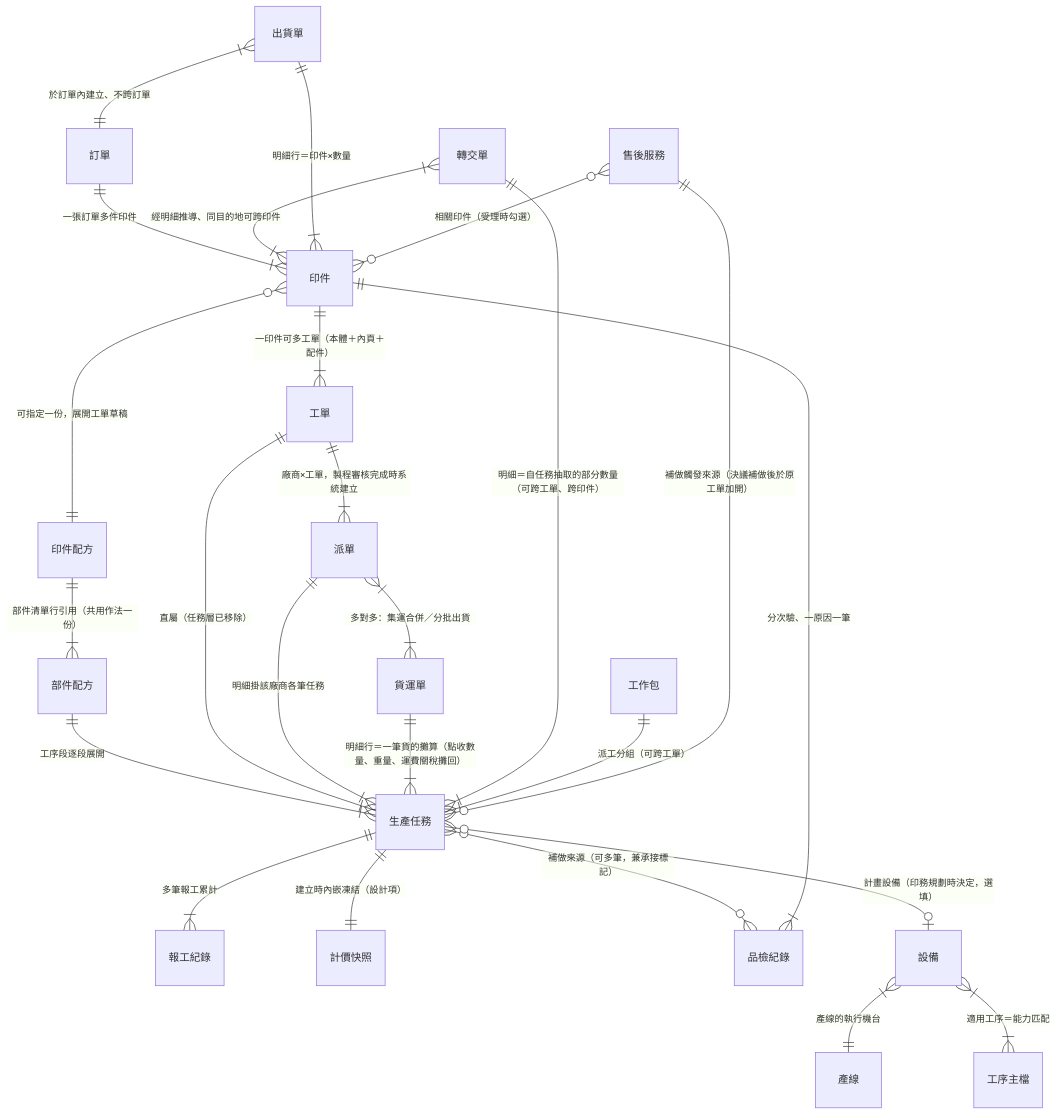
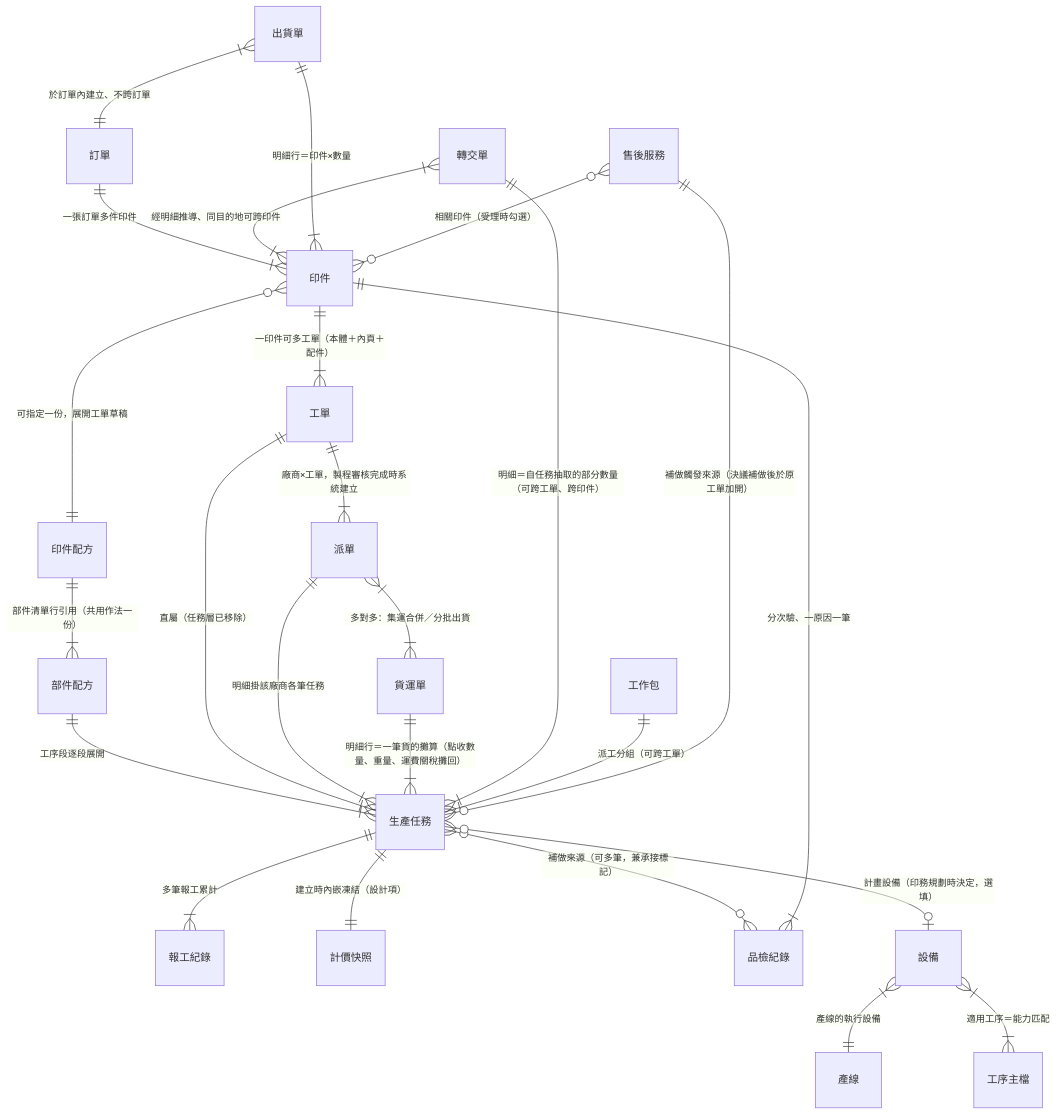
One commit to Kawato-Miles/erp-spec changed the first of 4 diagrams in memory/Sens_wiki/wiki/erp/05-entities/範例 - 資料結構總覽.md. Above: the diagram before and after it, drawn with Mermaid. The commit also changed 3 other files, not shown here.

````diff
--- a/memory/Sens_wiki/wiki/erp/05-entities/範例 - 資料結構總覽.md
+++ b/memory/Sens_wiki/wiki/erp/05-entities/範例 - 資料結構總覽.md
@@ -39,27 +39,27 @@
 ```mermaid
 erDiagram
     "訂單" ||--|{ "印件" : "一張訂單多件印件"
     "印件" ||--|{ "工單" : "一印件可多工單（本體＋內頁＋配件）"
     "印件" }o--|| "印件配方" : "可指定一份，展開工單草稿"
     "印件配方" ||--|{ "部件配方" : "部件清單行引用（共用作法一份）"
     "部件配方" ||--|{ "生產任務" : "工序段逐段展開"
     "工單" ||--|{ "生產任務" : "直屬（任務層已移除）"
     "生產任務" ||--|{ "報工紀錄" : "多筆報工累計"
     "生產任務" ||--|| "計價快照" : "建立時內嵌凍結（設計項）"
     "工單" ||--|{ "派單" : "廠商×工單，製程審核完成時系統建立"
     "派單" ||--|{ "生產任務" : "明細掛該廠商各筆任務"
     "派單" }|--|{ "貨運單" : "多對多：集運合併／分批出貨"
     "貨運單" ||--|{ "生產任務" : "明細行＝一筆貨的攤算（點收數量、重量、運費關稅攤回）"
     "轉交單" }|--|{ "印件" : "經明細推導、同目的地可跨印件"
     "轉交單" ||--|{ "生產任務" : "明細＝自任務抽取的部分數量（可跨工單、跨印件）"
     "品檢紀錄" }|--|| "印件" : "分次驗、一原因一筆"
     "生產任務" }o--o{ "品檢紀錄" : "補做來源（可多筆，兼承接標記）"
     "工作包" ||--|{ "生產任務" : "派工分組（可跨工單）"
     "生產任務" }o--o| "設備" : "計畫設備（印務規劃時決定，選填）"
-    "設備" }|--|| "產線" : "產線的執行機台"
+    "設備" }|--|| "產線" : "產線的執行設備"
     "設備" }|--|{ "工序主檔" : "適用工序＝能力匹配"
     "出貨單" }|--|| "訂單" : "於訂單內建立、不跨訂單"
     "出貨單" ||--|{ "印件" : "明細行＝印件×數量"
     "售後服務" }o--o{ "印件" : "相關印件（受理時勾選）"
     "售後服務" ||--o{ "生產任務" : "補做觸發來源（決議補做後於原工單加開）"
 ```
````
